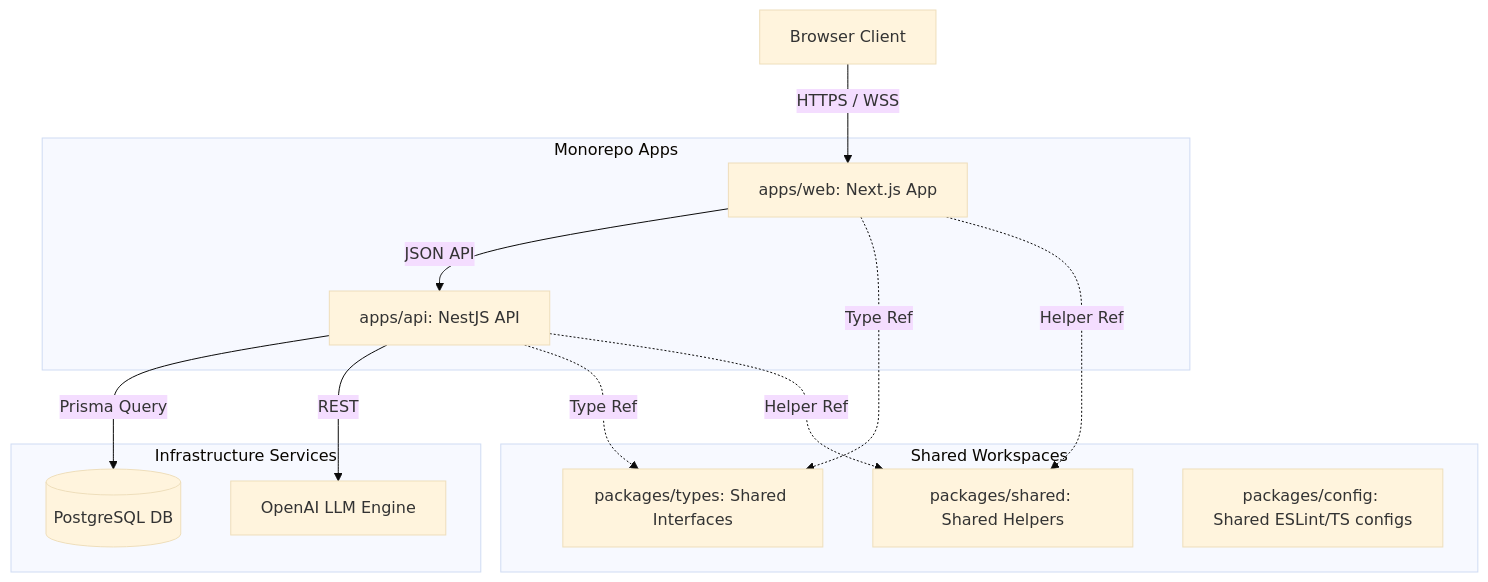
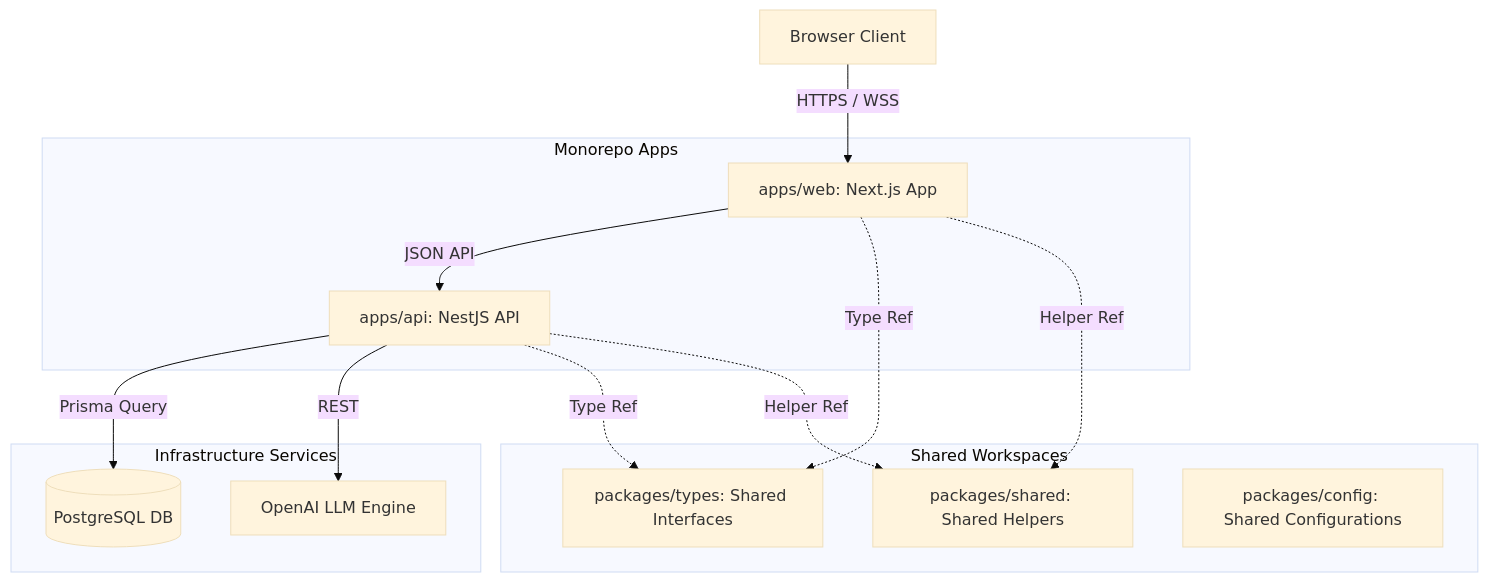
One commit to anshul4117/ai-career-agent changed the diagram in README.md. Above: the diagram before and after it, drawn with Mermaid (base theme). The commit also changed other lines of this file, not shown here.

Commit message:
docs: refactor README to update project descriptions, feature lists, and architectural documentation

````diff
--- a/README.md
+++ b/README.md
@@ -99,29 +73,29 @@
 ```mermaid
 graph TD
   User[Browser Client]
   
   subgraph Apps [Monorepo Apps]
     Web[apps/web: Next.js App]
     API[apps/api: NestJS API]
   end
 
   subgraph Packages [Shared Workspaces]
     Types[packages/types: Shared Interfaces]
     Shared[packages/shared: Shared Helpers]
-    Config[packages/config: Shared ESLint/TS configs]
+    Config[packages/config: Shared Configurations]
   end
 
   subgraph Infra [Infrastructure Services]
     Postgres[(PostgreSQL DB)]
     OpenAI[OpenAI LLM Engine]
   end
 
   User -->|HTTPS / WSS| Web
   Web -->|JSON API| API
   API -->|Prisma Query| Postgres
   API -->|REST| OpenAI
   Web -.->|Type Ref| Types
   API -.->|Type Ref| Types
   Web -.->|Helper Ref| Shared
   API -.->|Helper Ref| Shared
 ```
````
